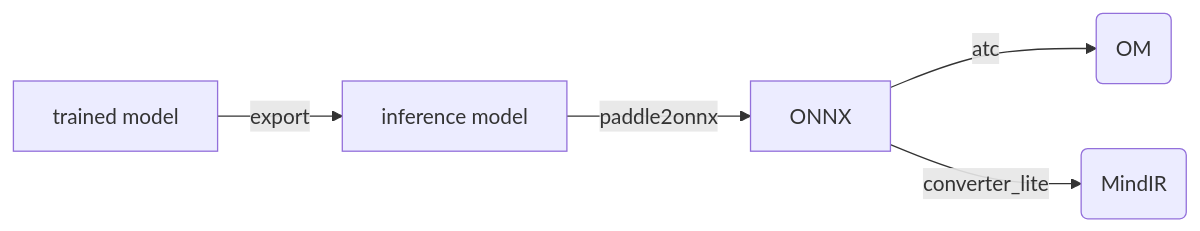
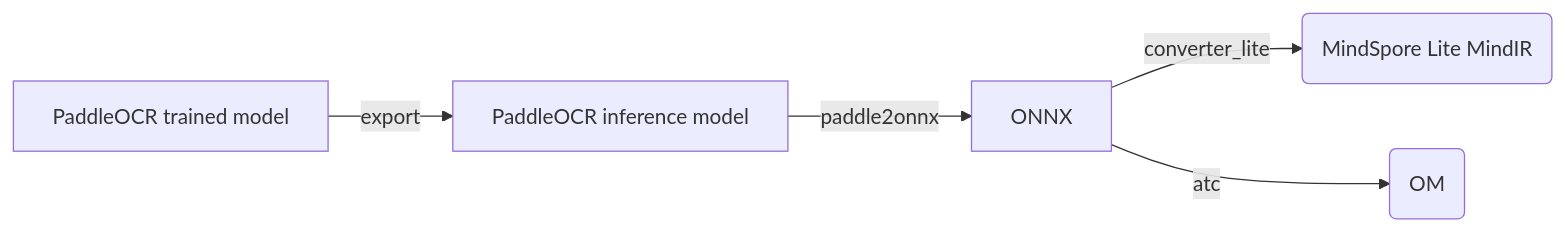
One commit to mindspore-lab/mindocr changed the second of 3 diagrams in docs/en/inference/convert_tutorial.md. Above: the diagram before and after it, drawn with Mermaid. The commit also changed other lines of this file and 8 other files, not shown here.

````diff
--- a/docs/en/inference/convert_tutorial.md
+++ b/docs/en/inference/convert_tutorial.md
@@ -114,6 +128,6 @@
 ```mermaid
 graph LR;
-    in1[trained model] -- export --> in2[inference model] -- paddle2onnx --> ONNX;
+    in1[PaddleOCR trained model] -- export --> in2[PaddleOCR inference model] -- paddle2onnx --> ONNX;
+    ONNX -- converter_lite --> o2(MindSpore Lite MindIR);
     ONNX -- atc --> o1(OM);
-    ONNX -- converter_lite --> o2(MindIR);
 ```
````
